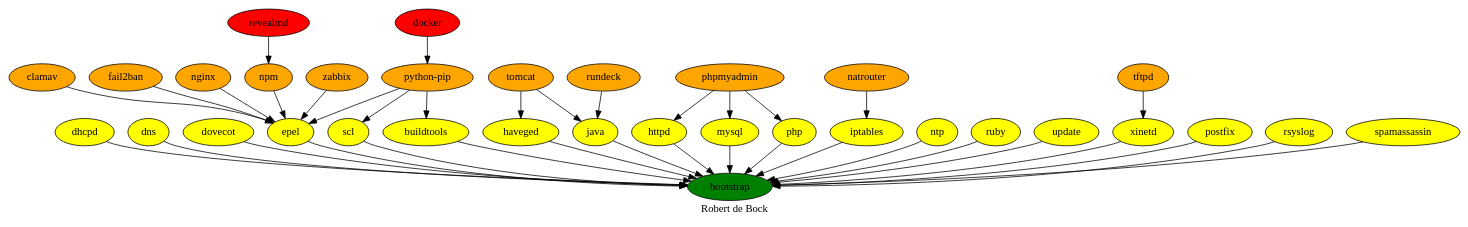
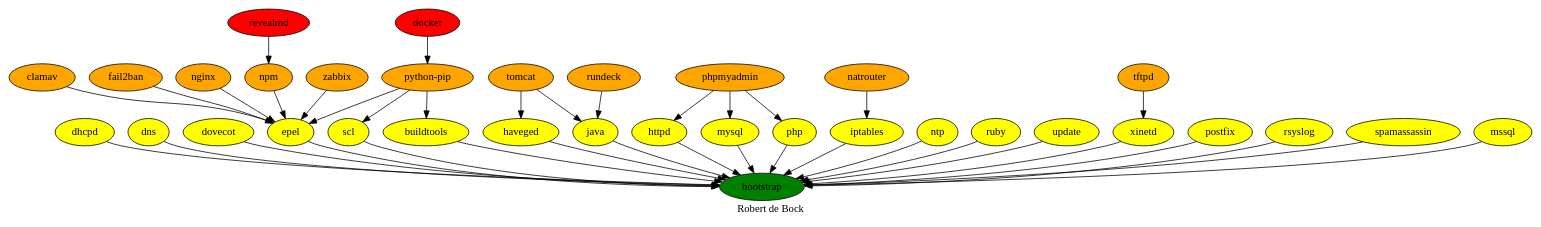
The diagram in dependencies.dot (robertdebock/robertdebock.github.io), drawn with Graphviz before and after one commit.

Commit message:
Update dependencies.dot
Adding mssql

```diff
--- a/dependencies.dot
+++ b/dependencies.dot
@@ -1,49 +1,50 @@
 digraph PhiloDilemma {
   label = "Robert de Bock" ;
   overlap=false
   {
     bootstrap [fillcolor=green style=filled]
     clamav [fillcolor=orange style=filled]
     dhcpd [fillcolor=yellow style=filled]
     dns [fillcolor=yellow style=filled]
     dovecot [fillcolor=yellow style=filled]
     epel [fillcolor=yellow style=filled]
     fail2ban [fillcolor=orange style=filled]
     haveged [fillcolor=yellow style=filled]
     httpd [fillcolor=yellow style=filled]
     iptables [fillcolor=yellow style=filled]
     java [fillcolor=yellow style=filled]
     ntp [fillcolor=yellow style=filled]
     ruby [fillcolor=yellow style=filled]
     scl [fillcolor=yellow style=filled]
     update [fillcolor=yellow style=filled]
     xinetd [fillcolor=yellow style=filled]
     buildtools [fillcolor=yellow style=filled]
     nginx [fillcolor=orange style=filled]
     "python-pip" [fillcolor=orange style=filled]
     postfix [fillcolor=yellow style=filled]
     rsyslog [fillcolor=yellow style=filled]
     spamassassin [fillcolor=yellow style=filled]
     docker [fillcolor=red style=filled]
     mysql [fillcolor=yellow style=filled]
+    mssql [fillcolor=yellow style=filled]
     npm [fillcolor=orange style=filled]
     natrouter [fillcolor=orange style=filled]
     php [fillcolor=yellow style=filled]
     phpmyadmin [fillcolor=orange style=filled]
     revealmd [fillcolor=red style=filled]
     rundeck [fillcolor=orange style=filled]
     tftpd [fillcolor=orange style=filled]
     tomcat [fillcolor=orange style=filled]
     zabbix [fillcolor=orange style=filled]
   }
-  {"buildtools" "dhcpd" "dns" "dovecot" "epel" "haveged" "httpd" "iptables" "java" "mysql" "ntp" "php" "postfix" "rsyslog" "ruby" "scl" "spamassassin" "update" "xinetd"} -> bootstrap
+  {"buildtools" "dhcpd" "dns" "dovecot" "epel" "haveged" "httpd" "iptables" "java" "mysql" "mssql" "ntp" "php" "postfix" "rsyslog" "ruby" "scl" "spamassassin" "update" "xinetd"} -> bootstrap
   {"clamav" "fail2ban" "nginx" "npm" "python-pip" "zabbix"} -> "epel"
   {"docker"} -> "python-pip"
   "revealmd" -> "npm"
   "natrouter" -> "iptables"
   "tftpd" -> "xinetd" 
   "phpmyadmin" -> {"php" "httpd" "mysql"}
   "python-pip" -> {"buildtools" "scl"}
   {"rundeck" "tomcat"} -> java
   {"tomcat"} -> haveged
 }
```
